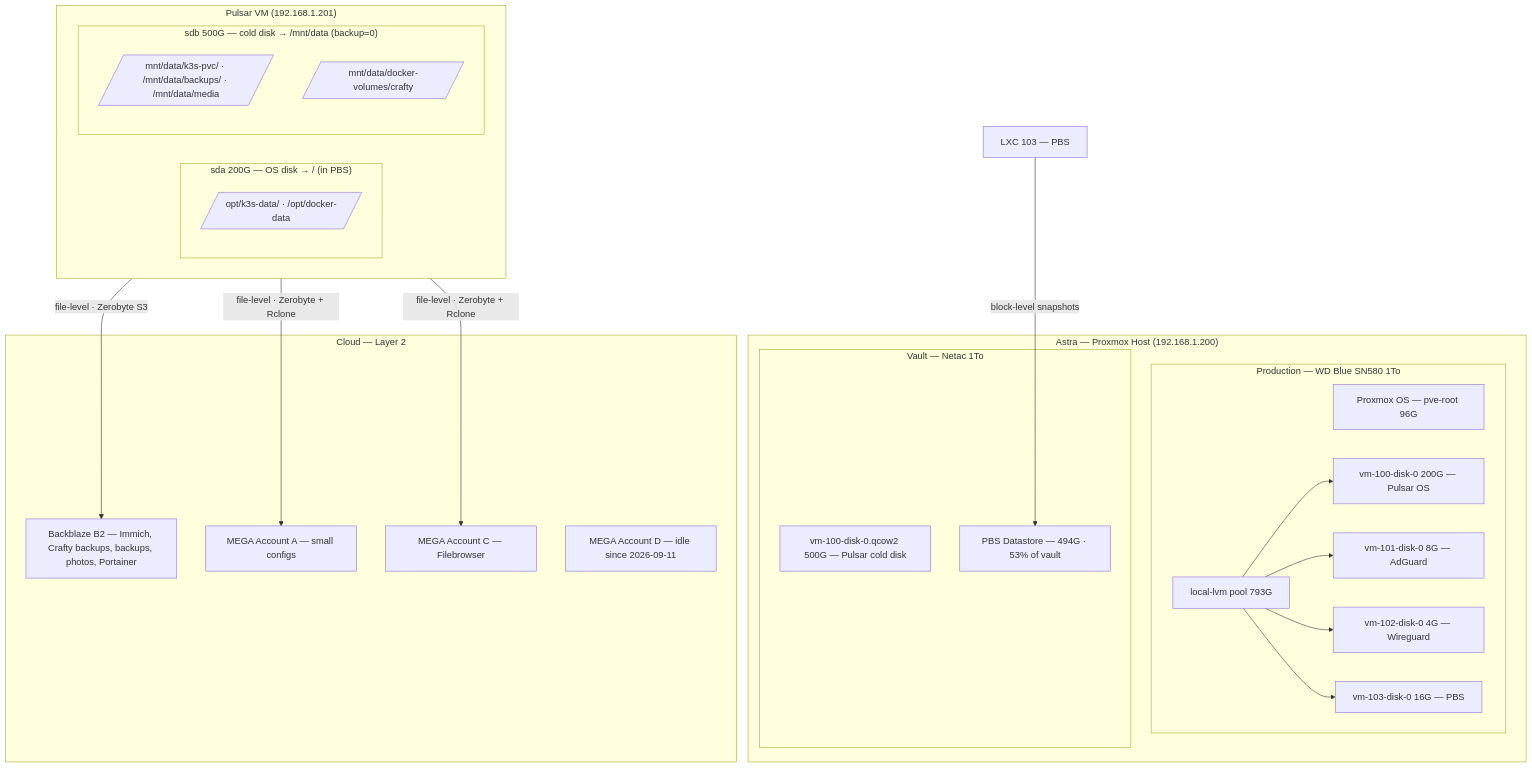
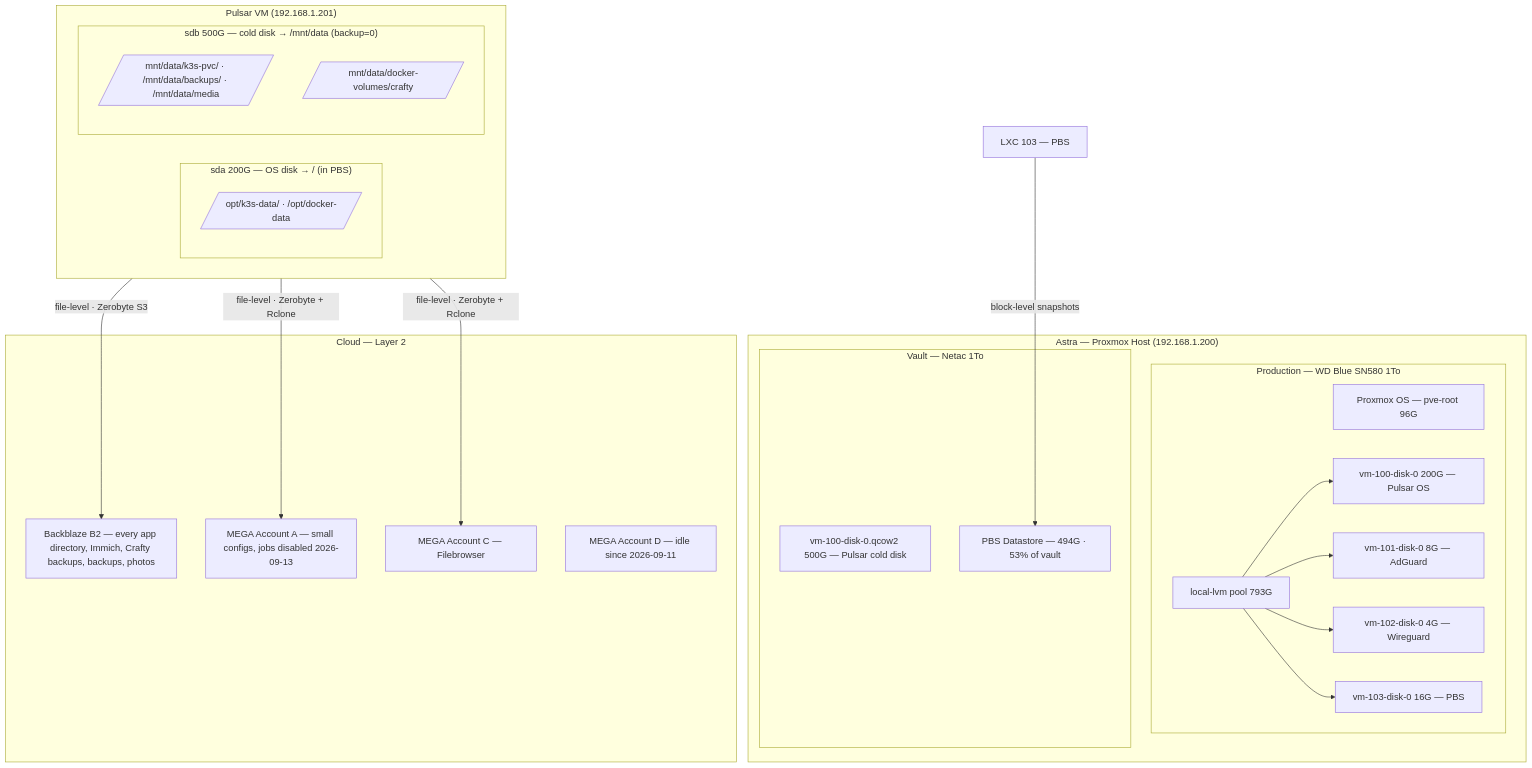
The diagram in docs/BACKUP.md (Enoal-Fauchille-Bolle/Astra-ops), drawn with Mermaid before and after one commit. The commit also changed other lines of this file, not shown here.

Commit message:
📝 [Docs] Record the off-site copy of every app directory

````diff
--- a/docs/BACKUP.md
+++ b/docs/BACKUP.md
@@ -62,40 +62,40 @@
 ```mermaid
 graph TB
     subgraph ASTRA["Astra — Proxmox Host (192.168.1.200)"]
         subgraph PROD["Production — WD Blue SN580 1To"]
             PVE_OS[Proxmox OS — pve-root 96G]
             LVM[local-lvm pool 793G]
             LVM --> DISK0[vm-100-disk-0 200G — Pulsar OS]
             LVM --> DISK1[vm-101-disk-0 8G — AdGuard]
             LVM --> DISK2[vm-102-disk-0 4G — Wireguard]
             LVM --> DISK3[vm-103-disk-0 16G — PBS]
         end
 
         subgraph VAULT["Vault — Netac 1To"]
             VAULT_IMAGES[vm-100-disk-0.qcow2 500G — Pulsar cold disk]
             PBS_DS[PBS Datastore — 494G · 53% of vault]
         end
     end
 
     subgraph PULSAR["Pulsar VM (192.168.1.201)"]
         subgraph SDA["sda 200G — OS disk → / (in PBS)"]
             OPT[/opt/k3s-data/ · /opt/docker-data/]
         end
         subgraph SDB["sdb 500G — cold disk → /mnt/data (backup=0)"]
             MNT[/mnt/data/k3s-pvc/ · /mnt/data/backups/ · /mnt/data/media/]
             CRAFTY_VOL[/mnt/data/docker-volumes/crafty/]
         end
     end
 
     subgraph CLOUD["Cloud — Layer 2"]
-        B2[Backblaze B2 — Immich, Crafty backups, backups, photos, Portainer]
-        MEGA_A[MEGA Account A — small configs]
+        B2[Backblaze B2 — every app directory, Immich, Crafty backups, backups, photos]
+        MEGA_A[MEGA Account A — small configs, jobs disabled 2026-09-13]
         MEGA_C[MEGA Account C — Filebrowser]
         MEGA_D[MEGA Account D — idle since 2026-09-11]
     end
 
     PBS_LXC[LXC 103 — PBS] -->|block-level snapshots| PBS_DS
     PULSAR -->|file-level · Zerobyte S3| B2
     PULSAR -->|file-level · Zerobyte + Rclone| MEGA_A
     PULSAR -->|file-level · Zerobyte + Rclone| MEGA_C
 ```
````
